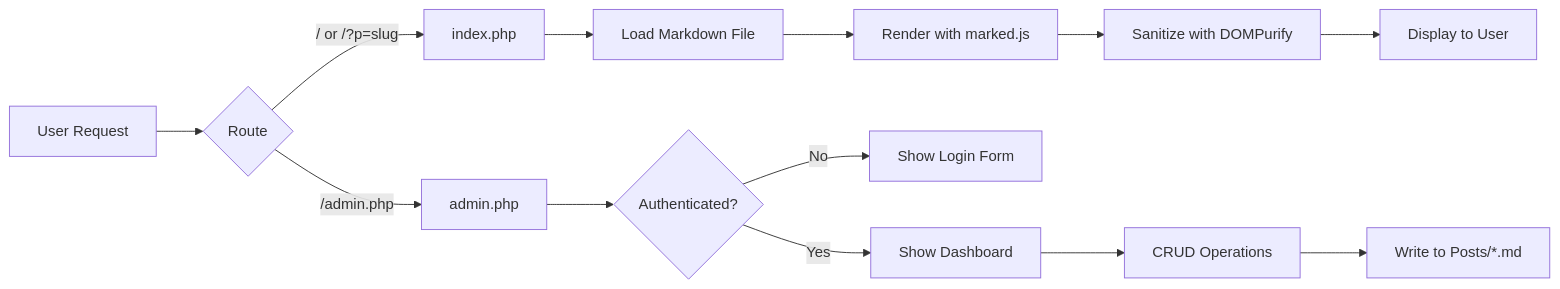
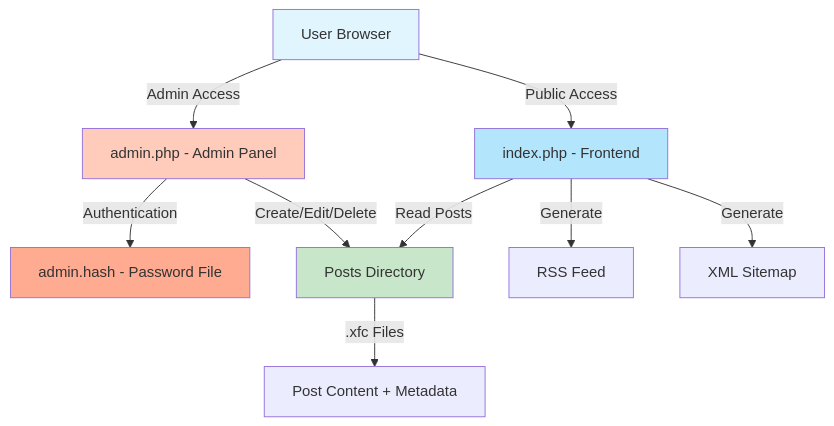
Before and after one commit to xsukax/xsukax-Flat-File-CMS: the first of 3 diagrams in README.md, drawn with Mermaid. The commit also changed other lines of this file, not shown here.

````diff
--- a/README.md
+++ b/README.md
@@ -204,17 +18,17 @@
 ```mermaid
-flowchart LR
-    A[User Request] --> B{Route}
-    B -->|/ or /?p=slug| C[index.php]
-    B -->|/admin.php| D[admin.php]
+graph TB
+    A[User Browser] -->|Public Access| B[index.php - Frontend]
+    A -->|Admin Access| C[admin.php - Admin Panel]
+    C -->|Authentication| D[admin.hash - Password File]
+    B -->|Read Posts| E[Posts Directory]
+    C -->|Create/Edit/Delete| E
+    E -->|.xfc Files| F[Post Content + Metadata]
+    B -->|Generate| G[RSS Feed]
+    B -->|Generate| H[XML Sitemap]
     
-    C --> E[Load Markdown File]
-    E --> F[Render with marked.js]
-    F --> G[Sanitize with DOMPurify]
-    G --> H[Display to User]
-    
-    D --> I{Authenticated?}
-    I -->|No| J[Show Login Form]
-    I -->|Yes| K[Show Dashboard]
-    K --> L[CRUD Operations]
-    L --> M[Write to Posts/*.md]
+    style A fill:#e1f5ff
+    style B fill:#b3e5fc
+    style C fill:#ffccbc
+    style E fill:#c8e6c9
+    style D fill:#ffab91
 ```
````
